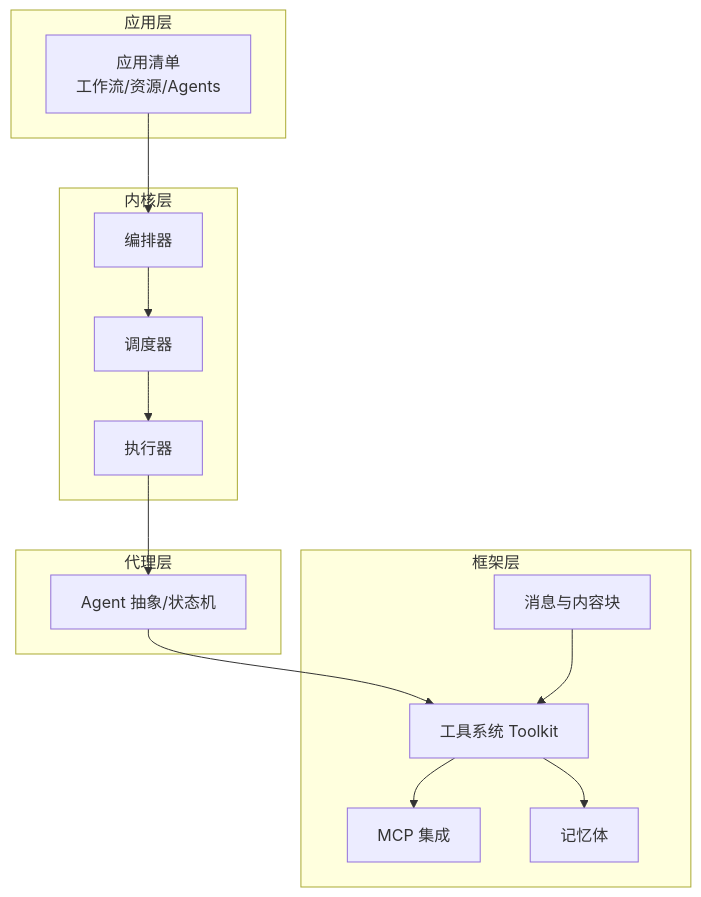
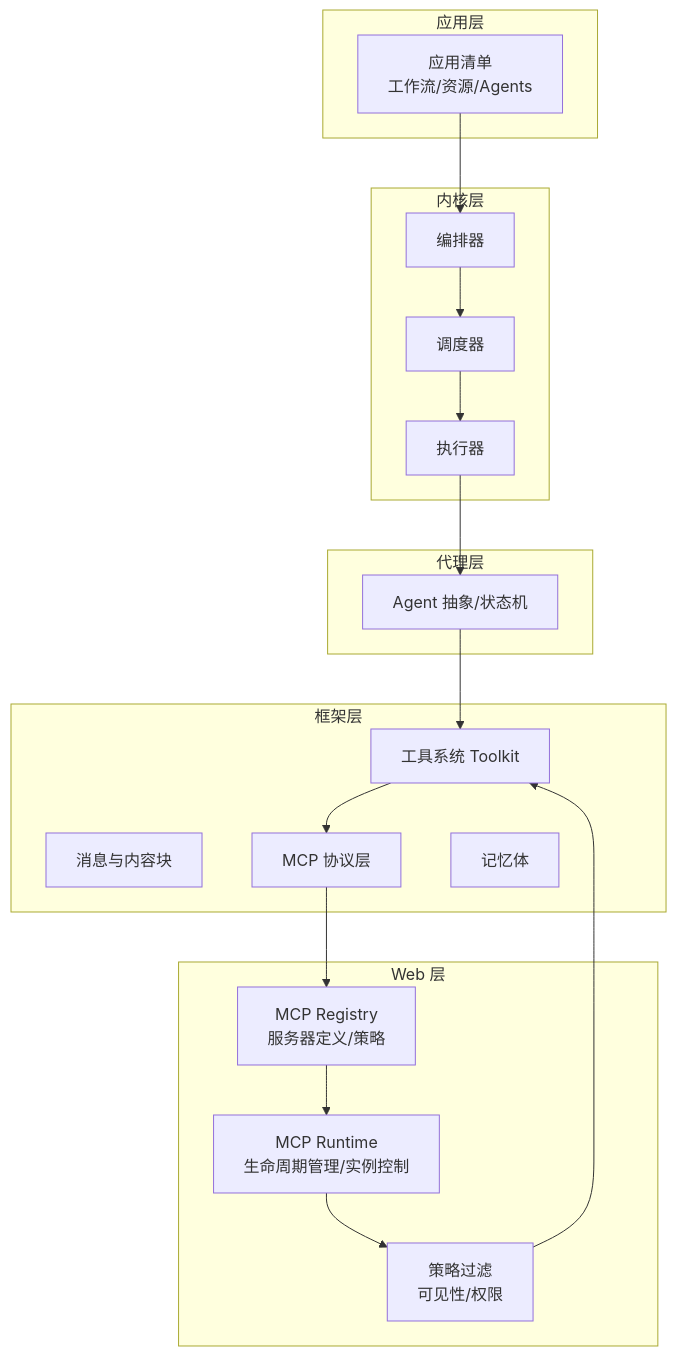
One commit to ixiejun/macaca changed the second of 7 diagrams in .qoder/repowiki/zh/content/扩展开发/扩展开发.md. Above: the diagram before and after it, drawn with Mermaid. The commit also changed other lines of this file and 49 other files, not shown here.

````diff
--- a/.qoder/repowiki/zh/content/扩展开发/扩展开发.md
+++ b/.qoder/repowiki/zh/content/扩展开发/扩展开发.md
@@ -124,28 +146,35 @@
 ```mermaid
 graph TB
 subgraph "应用层"
 APP["应用清单<br/>工作流/资源/Agents"]
 end
 subgraph "框架层"
 TK["工具系统 Toolkit"]
 MSG["消息与内容块"]
-MCP["MCP 集成"]
+MCP["MCP 协议层"]
 MEM["记忆体"]
+end
+subgraph "Web 层"
+REG["MCP Registry<br/>服务器定义/策略"]
+RUNTIME["MCP Runtime<br/>生命周期管理/实例控制"]
+POLICY["策略过滤<br/>可见性/权限"]
 end
 subgraph "内核层"
 SCH["调度器"]
 EXE["执行器"]
 ORCH["编排器"]
 end
 subgraph "代理层"
 AG["Agent 抽象/状态机"]
 end
 APP --> ORCH
 ORCH --> SCH
 SCH --> EXE
 EXE --> AG
 AG --> TK
 TK --> MCP
-TK --> MEM
-MSG --> TK
+MCP --> REG
+REG --> RUNTIME
+RUNTIME --> POLICY
+POLICY --> TK
 ```
````
